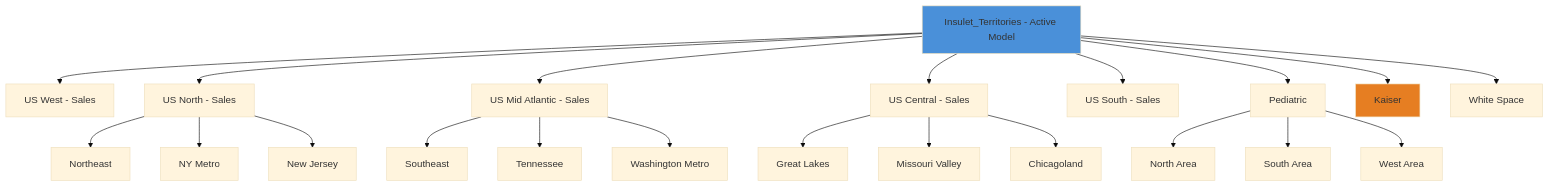
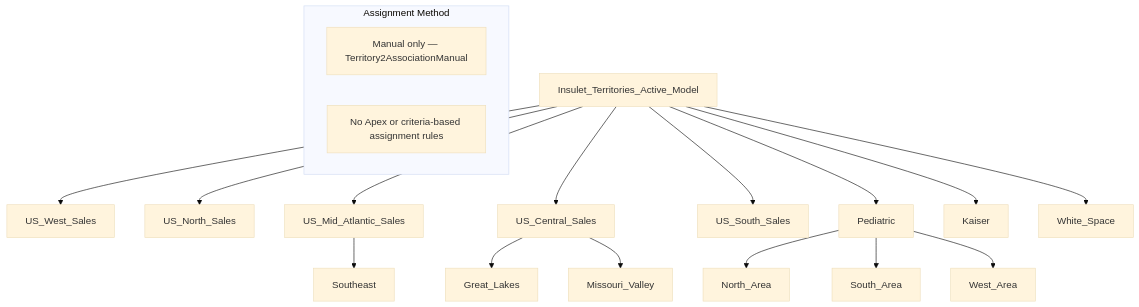
The second of 5 diagrams in docs/SHARING_ACCESS_ASSESSMENT.md (sbalakrushnanSFDC/Insulet-R1-Sharing-Visibility-Assessment), drawn with Mermaid (base theme) before and after one commit. The commit also changed other lines of this file, not shown here.

````diff
--- a/docs/SHARING_ACCESS_ASSESSMENT.md
+++ b/docs/SHARING_ACCESS_ASSESSMENT.md
@@ -321,29 +252,22 @@
 ```mermaid
 graph TD
-    TM[Insulet_Territories - Active Model]
-
-    TM --> USW[US West - Sales]
-    TM --> USN[US North - Sales]
-    TM --> USMA[US Mid Atlantic - Sales]
-    TM --> USC[US Central - Sales]
-    TM --> USS[US South - Sales]
+    TM[Insulet_Territories_Active_Model]
+    TM --> USW[US_West_Sales]
+    TM --> USN[US_North_Sales]
+    TM --> USMA[US_Mid_Atlantic_Sales]
+    TM --> USC[US_Central_Sales]
+    TM --> USS[US_South_Sales]
     TM --> PED[Pediatric]
     TM --> KAI[Kaiser]
-    TM --> WS[White Space]
-
-    USC --> GL[Great Lakes]
-    USC --> MV[Missouri Valley]
-    USC --> CHI[Chicagoland]
+    TM --> WS[White_Space]
+    USC --> GL[Great_Lakes]
+    USC --> MV[Missouri_Valley]
     USMA --> SE[Southeast]
-    USMA --> TN[Tennessee]
-    USMA --> WASH[Washington Metro]
-    USN --> NE[Northeast]
-    USN --> NYM[NY Metro]
-    USN --> NJ[New Jersey]
-    PED --> PA[North Area]
-    PED --> SA[South Area]
-    PED --> WA[West Area]
-
-    style TM fill:#4a90d9
-    style KAI fill:#e67e22
+    PED --> PA[North_Area]
+    PED --> SA[South_Area]
+    PED --> WA[West_Area]
+    subgraph assignment [Assignment Method]
+        M1["Manual only — Territory2AssociationManual"]
+        M2["No Apex or criteria-based assignment rules"]
+    end
 ```
````
